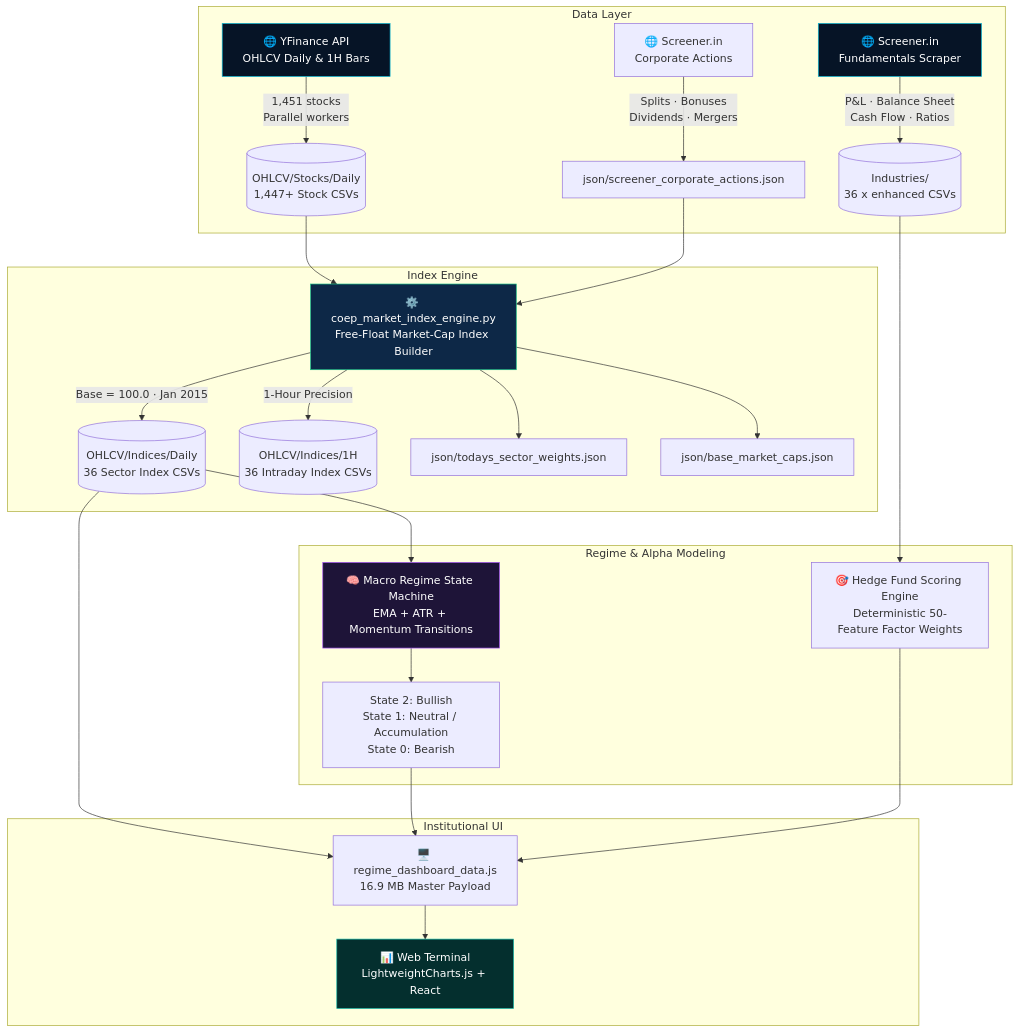
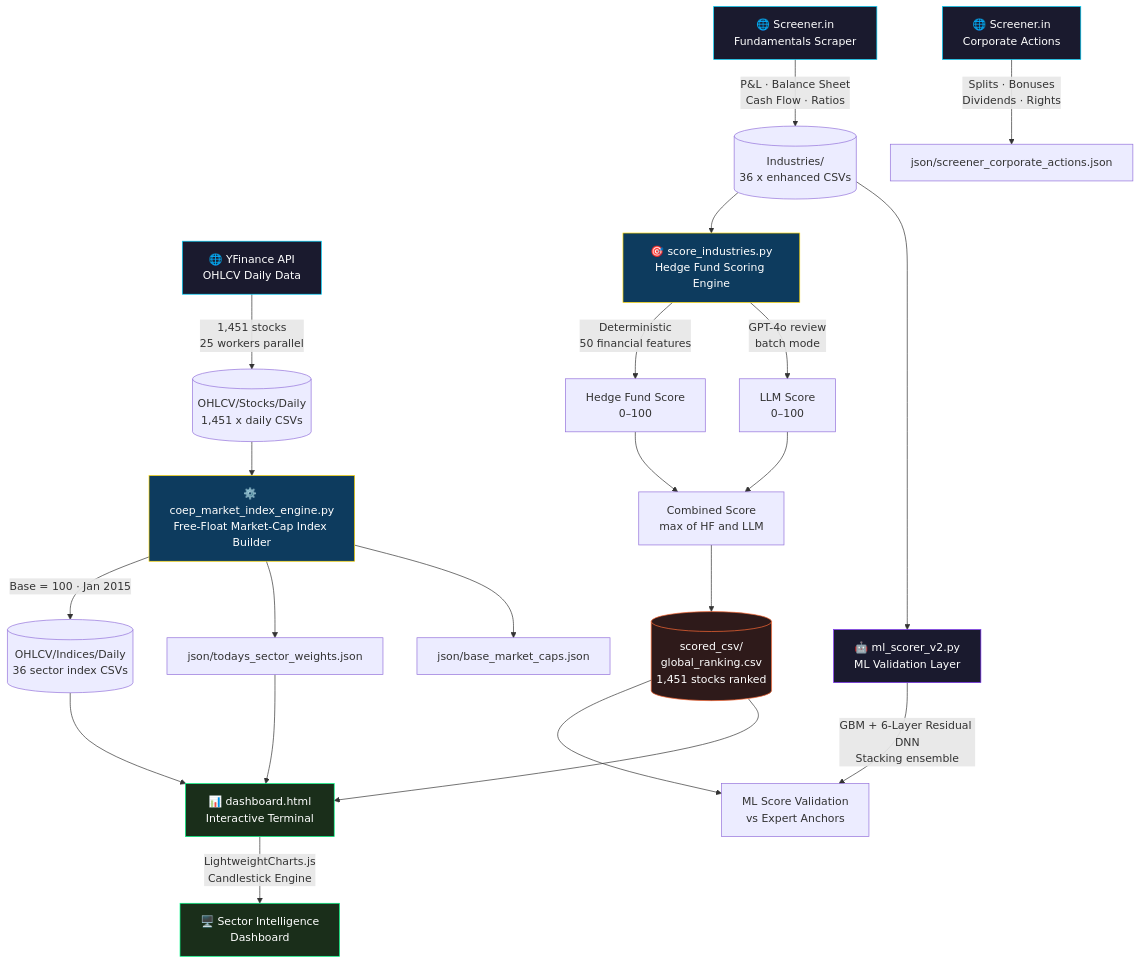
The diagram in README.md (COEP-Quant-Finance-Club/COEP_Market_index), drawn with Mermaid before and after one commit. The commit also changed other lines of this file and 1 other file, not shown here.

Commit message:
Permanently fix README automation: use non-destructive HTML comment markers for live sector leaderboard updates

````diff
--- a/README.md
+++ b/README.md
@@ -169,36 +171,62 @@
 ```mermaid
 flowchart TD
-    subgraph Data Layer
-        A[🌐 YFinance API\nOHLCV Daily & 1H Bars] -->|1,451 stocks\nParallel workers| B[(OHLCV/Stocks/Daily\n1,447+ Stock CSVs)]
-        C[🌐 Screener.in\nFundamentals Scraper] -->|P&L · Balance Sheet\nCash Flow · Ratios| D[(Industries/\n36 x enhanced CSVs)]
-        E[🌐 Screener.in\nCorporate Actions] -->|Splits · Bonuses\nDividends · Mergers| F[json/screener_corporate_actions.json]
-    end
+    A[🌐 YFinance API
+OHLCV Daily Data] -->|1,451 stocks
+25 workers parallel| B[(OHLCV/Stocks/Daily
+1,451 x daily CSVs)]
+    C[🌐 Screener.in
+Fundamentals Scraper] -->|P&L · Balance Sheet
+Cash Flow · Ratios| D[(Industries/
+36 x enhanced CSVs)]
+    E[🌐 Screener.in
+Corporate Actions] -->|Splits · Bonuses
+Dividends · Rights| F[json/screener_corporate_actions.json]
 
-    subgraph Index Engine
-        B --> G[⚙️ coep_market_index_engine.py\nFree-Float Market-Cap Index Builder]
-        F --> G
-        G -->|Base = 100.0 · Jan 2015| H[(OHLCV/Indices/Daily\n36 Sector Index CSVs)]
-        G -->|1-Hour Precision| H1[(OHLCV/Indices/1H\n36 Intraday Index CSVs)]
-        G --> I[json/todays_sector_weights.json]
-        G --> J[json/base_market_caps.json]
-    end
+    B --> G[⚙️ coep_market_index_engine.py
+Free-Float Market-Cap Index Builder]
+    G -->|Base = 100 · Jan 2015| H[(OHLCV/Indices/Daily
+36 sector index CSVs)]
+    G --> I[json/todays_sector_weights.json]
+    G --> J[json/base_market_caps.json]
 
-    subgraph Regime & Alpha Modeling
-        H --> K[🧠 Macro Regime State Machine\nEMA + ATR + Momentum Transitions]
-        K --> L[State 2: Bullish\nState 1: Neutral / Accumulation\nState 0: Bearish]
-        D --> M[🎯 Hedge Fund Scoring Engine\nDeterministic 50-Feature Factor Weights]
-    end
+    D --> K[🎯 score_industries.py
+Hedge Fund Scoring Engine]
+    K -->|Deterministic
+50 financial features| L[Hedge Fund Score
+0–100]
+    K -->|GPT-4o review
+batch mode| M[LLM Score
+0–100]
+    L --> N[Combined Score
+max of HF and LLM]
+    M --> N
 
-    subgraph Institutional UI
-        H --> N[🖥️ regime_dashboard_data.js\n16.9 MB Master Payload]
-        L --> N
-        M --> N
-        N --> O[📊 Web Terminal\nLightweightCharts.js + React]
-    end
+    N --> O[(scored_csv/
+global_ranking.csv
+1,451 stocks ranked)]
 
-    style A fill:#061426,stroke:#06b6d4,color:#fff
-    style C fill:#061426,stroke:#06b6d4,color:#fff
-    style G fill:#0d2847,stroke:#10b981,color:#fff
-    style K fill:#1e1438,stroke:#a855f7,color:#fff
-    style O fill:#042f2e,stroke:#14b8a6,color:#fff
+    D --> P[🤖 ml_scorer_v2.py
+ML Validation Layer]
+    P -->|GBM + 6-Layer Residual DNN
+Stacking ensemble| Q[ML Score Validation
+vs Expert Anchors]
+    O --> Q
+
+    H --> R[📊 dashboard.html
+Interactive Terminal]
+    O --> R
+    I --> R
+    R -->|LightweightCharts.js
+Candlestick Engine| S[🖥️ Sector Intelligence
+Dashboard]
+
+    style A fill:#1a1a2e,stroke:#00d4ff,color:#fff
+    style C fill:#1a1a2e,stroke:#00d4ff,color:#fff
+    style E fill:#1a1a2e,stroke:#00d4ff,color:#fff
+    style G fill:#0d3b5e,stroke:#ffd700,color:#fff
+    style K fill:#0d3b5e,stroke:#ffd700,color:#fff
+    style P fill:#1a1a2e,stroke:#7b2ff7,color:#fff
+    style R fill:#1a2e1a,stroke:#00ff88,color:#fff
+    style S fill:#1a2e1a,stroke:#00ff88,color:#fff
+    style O fill:#2e1a1a,stroke:#ff6b35,color:#fff
 ```
````
